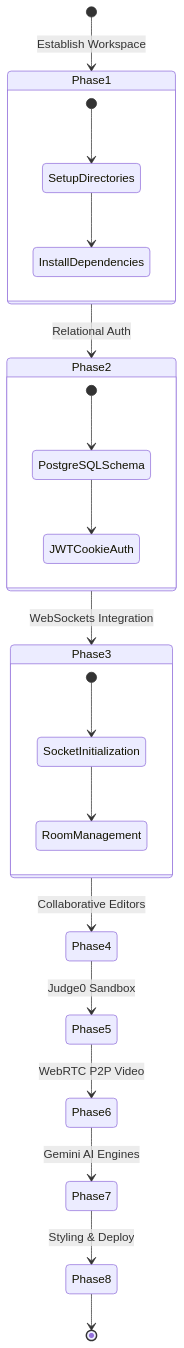
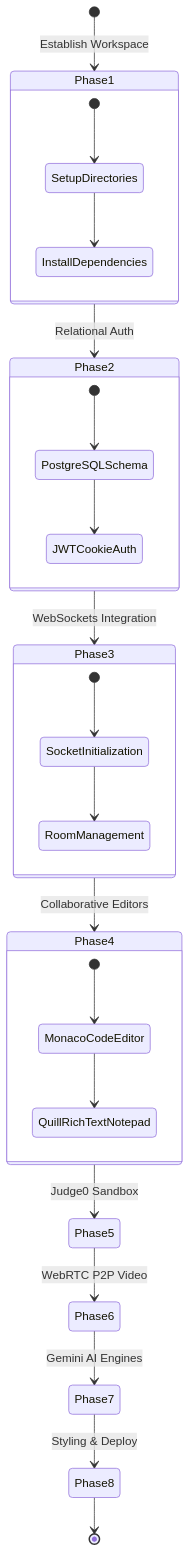
Before and after one commit to Vikal-Dubey/PeerPrep: the second of 2 diagrams in README.md, drawn with Mermaid. The commit also changed other lines of this file, not shown here.

````diff
--- a/README.md
+++ b/README.md
@@ -206,29 +209,34 @@
 ```mermaid
 stateDiagram-v2
     [*] --> Phase1: Establish Workspace
     Phase1 --> Phase2: Relational Auth
     Phase2 --> Phase3: WebSockets Integration
     Phase3 --> Phase4: Collaborative Editors
     Phase4 --> Phase5: Judge0 Sandbox
     Phase5 --> Phase6: WebRTC P2P Video
     Phase6 --> Phase7: Gemini AI Engines
     Phase7 --> Phase8: Styling & Deploy
     Phase8 --> [*]
 
     state Phase1 {
         [*] --> SetupDirectories
         SetupDirectories --> InstallDependencies
     }
     state Phase2 {
         [*] --> PostgreSQLSchema
         PostgreSQLSchema --> JWTCookieAuth
     }
     state Phase3 {
         [*] --> SocketInitialization
         SocketInitialization --> RoomManagement
     }
+    state Phase4 {
+        [*] --> MonacoCodeEditor
+        MonacoCodeEditor --> QuillRichTextNotepad
+    }
 
     style Phase1 fill:#10b981,color:#fff
     style Phase2 fill:#10b981,color:#fff
     style Phase3 fill:#10b981,color:#fff
+    style Phase4 fill:#10b981,color:#fff
 ```
````
